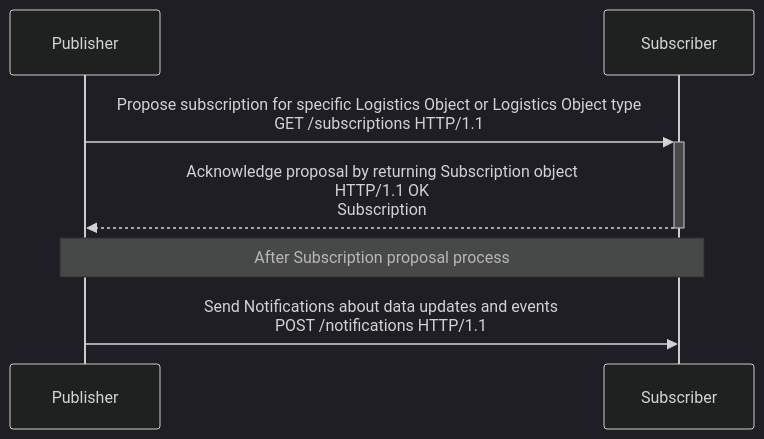
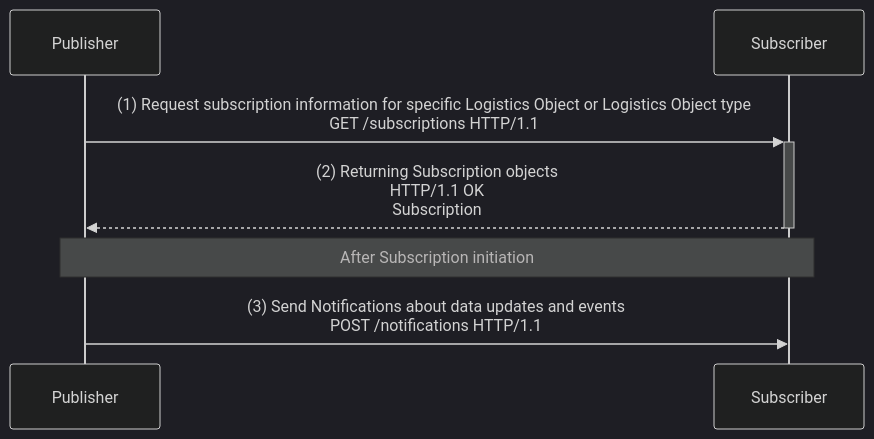
The second of 3 diagrams in working_draft/API/docs/subscriptions.md (IATA-Cargo/ONE-Record), drawn with Mermaid (dark theme) before and after one commit. The commit also changed other lines of this file and 42 other files, not shown here.

Commit message:
inroduced action requests and finished notifications, subscriptions, and access delegations

````diff
--- a/working_draft/API/docs/subscriptions.md
+++ b/working_draft/API/docs/subscriptions.md
@@ -41,12 +83,12 @@
 ```mermaid
 sequenceDiagram
 
   participant PUB as Publisher
   participant SUB as Subscriber
 
-  PUB->>+SUB: Propose subscription for specific Logistics Object or Logistics Object type<br> GET /subscriptions HTTP/1.1
-  SUB-->>-PUB: Acknowledge proposal by returning Subscription object<br> HTTP/1.1 OK<br>Subscription
+  PUB->>+SUB: (1) Request subscription information for specific Logistics Object or Logistics Object type<br> GET /subscriptions HTTP/1.1
+  SUB-->>-PUB: (2) Returning Subscription objects<br> HTTP/1.1 OK<br>Subscription
 
-  note over PUB, SUB: After Subscription proposal process
-  PUB->>SUB: Send Notifications about data updates and events<br> POST /notifications HTTP/1.1
+  note over PUB, SUB: After Subscription initiation
+  PUB->>SUB: (3) Send Notifications about data updates and events<br> POST /notifications HTTP/1.1
 ```
````
